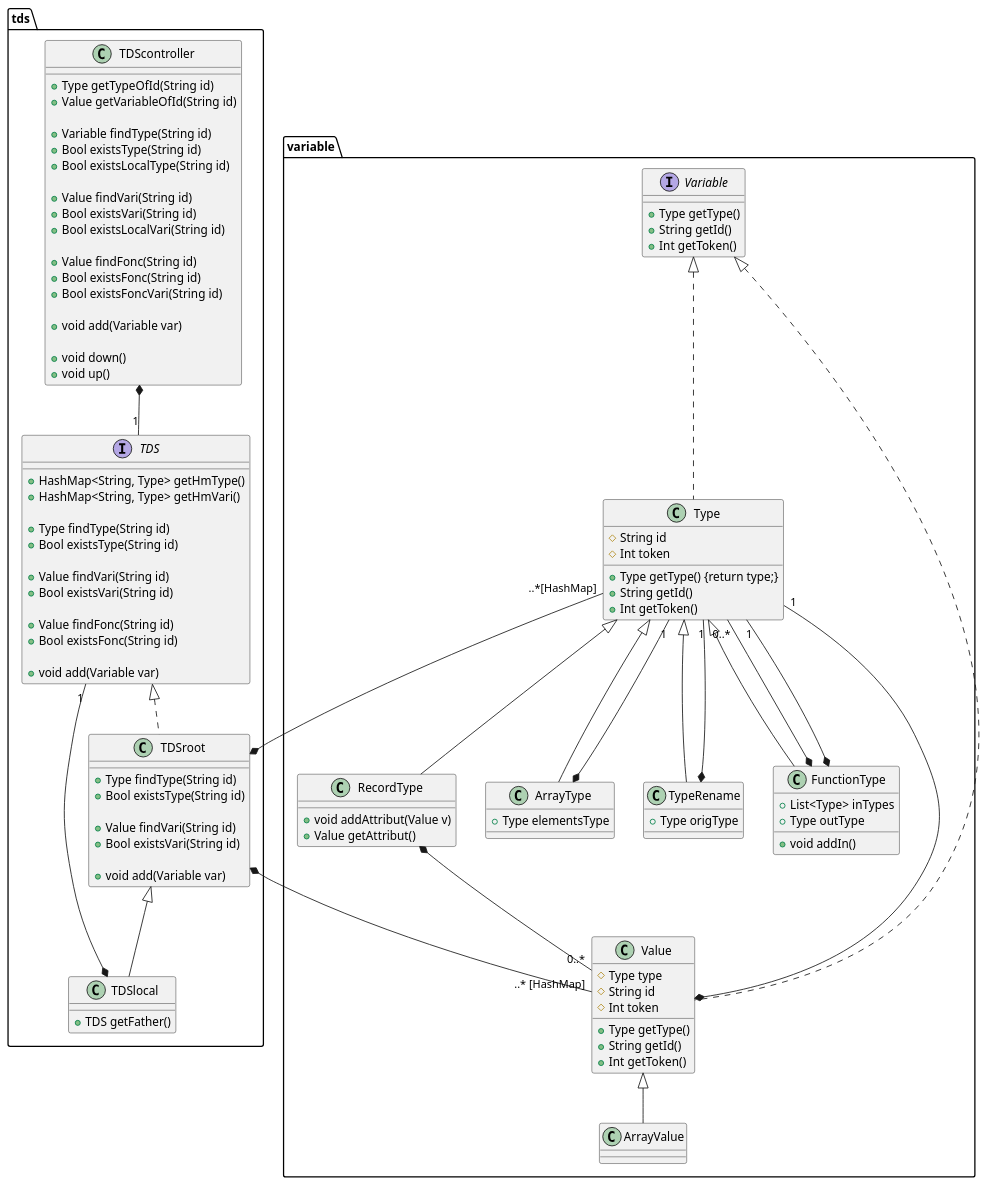
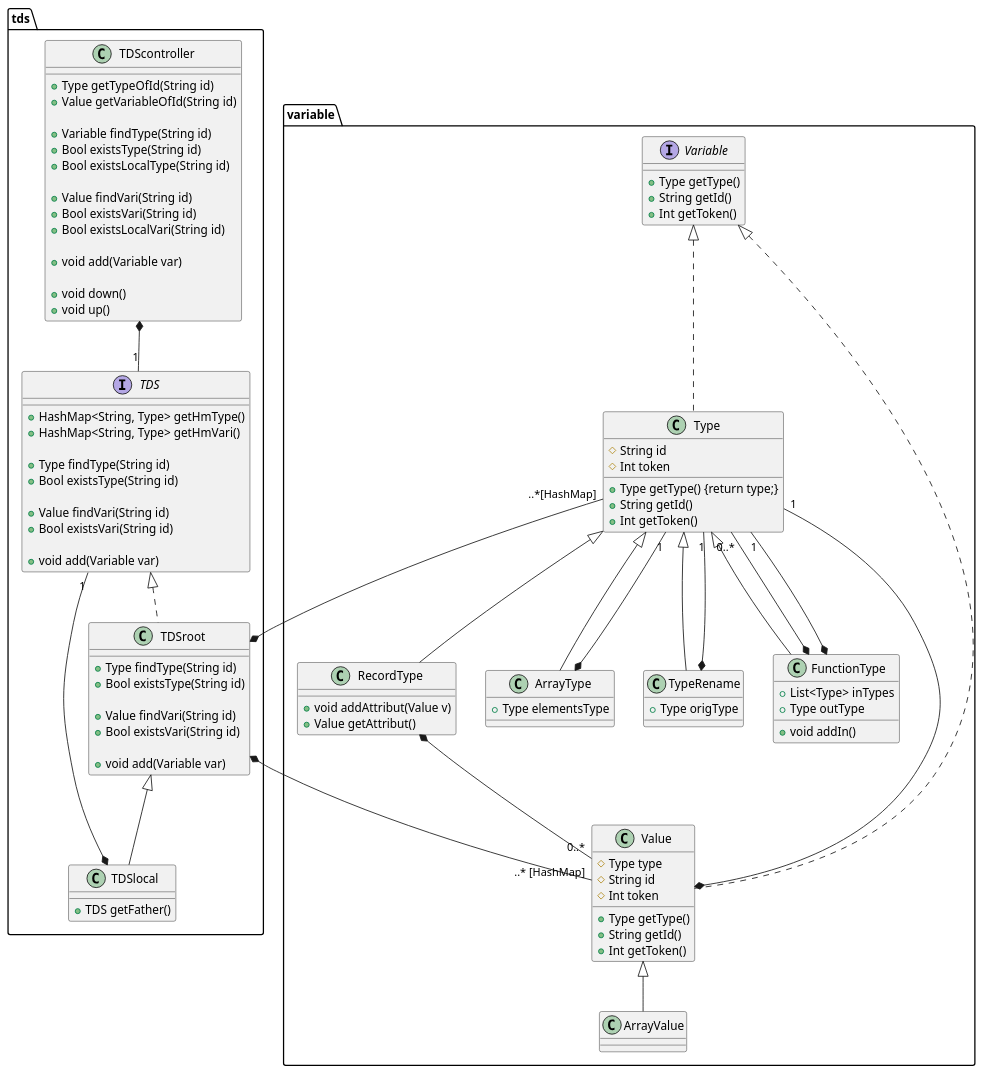
Before and after one commit to Tiger-compiler-team-2023/tiger-compiler: the diagram in AntlrMavenProject/chaoscompiler/src/main/java/eu/tn/chaoscompiler/tdstool/README.figures/TDS.puml, drawn with PlantUML. The commit also changed 5 other files, not shown here.

```diff
--- a/AntlrMavenProject/chaoscompiler/src/main/java/eu/tn/chaoscompiler/tdstool/README.figures/TDS.puml
+++ b/AntlrMavenProject/chaoscompiler/src/main/java/eu/tn/chaoscompiler/tdstool/README.figures/TDS.puml
@@ -1,120 +1,113 @@
 @startuml
 
 package tds {
 
   class TDScontroller {
     +Type getTypeOfId(String id)
     +Value getVariableOfId(String id)
 
     +Variable findType(String id)
     +Bool existsType(String id)
     +Bool existsLocalType(String id)
 
     +Value findVari(String id)
     +Bool existsVari(String id)
     +Bool existsLocalVari(String id)
 
-    +Value findFonc(String id)
-    +Bool existsFonc(String id)
-    +Bool existsFoncVari(String id)
-
     +void add(Variable var)
 
     +void down()
     +void up()
   }
 
   interface TDS {
     +HashMap<String, Type> getHmType()
     +HashMap<String, Type> getHmVari()
 
     +Type findType(String id)
     +Bool existsType(String id)
 
     +Value findVari(String id)
     +Bool existsVari(String id)
-
-    +Value findFonc(String id)
-    +Bool existsFonc(String id)
 
     +void add(Variable var)
   }
 
   class TDSroot implements TDS {
     +Type findType(String id)
     +Bool existsType(String id)
 
     +Value findVari(String id)
     +Bool existsVari(String id)
     
     +void add(Variable var)
   }
 
   class TDSlocal extends TDSroot {
     +TDS getFather()
   }
 }
 
 package variable {
 
   Interface Variable {
     +Type getType()
     +String getId()
     +Int getToken()
   }
 
   class Type implements Variable {
     #String id
     #Int token
 
     +Type getType() {return type;}
     +String getId()
     +Int getToken()
   }
 
   class RecordType extends Type {
     +void addAttribut(Value v)
     +Value getAttribut()
   }
 
   class ArrayType extends Type {
     +Type elementsType
   }
 
   class TypeRename extends Type {
     +Type origType
   }
 
   class FunctionType extends Type {
     +List<Type> inTypes
     +Type outType
     +void addIn()
   }
 
   class Value implements Variable {
     #Type type
     #String id
     #Int token
 
     +Type getType()
     +String getId()
     +Int getToken()
   }
 
   class ArrayValue extends Value {
   }
 }
 
 TDScontroller *--"1" TDS
 TDSlocal *--"1" TDS
 TDSroot *--"..*[HashMap]" Type
 TDSroot *--"..* [HashMap]" Value
 Value *--"1" Type
 RecordType *--"0..*" Value
 ArrayType *--"1" Type
 TypeRename *--"1" Type
 FunctionType *--"0..*" Type
 FunctionType *--"1" Type
 
 TDScontroller -u[hidden]-> Variable
 @enduml
```
